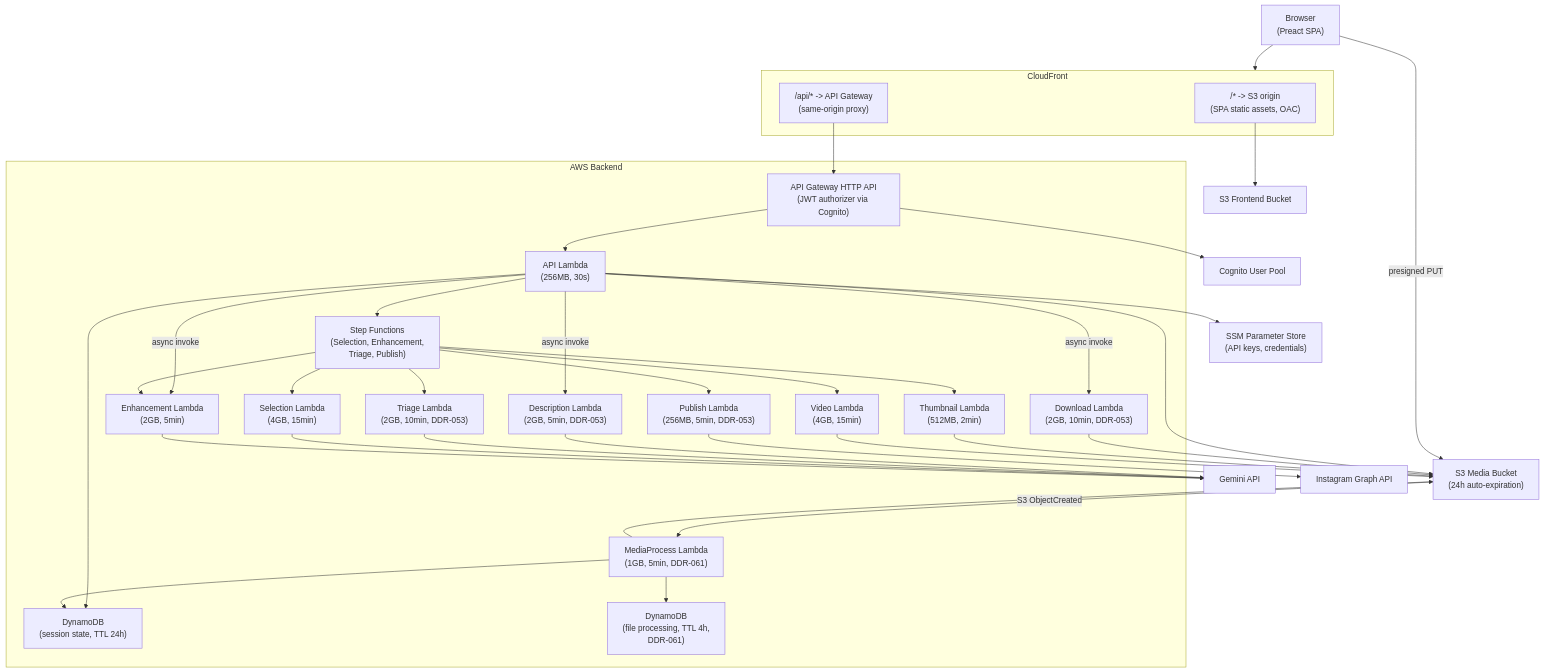
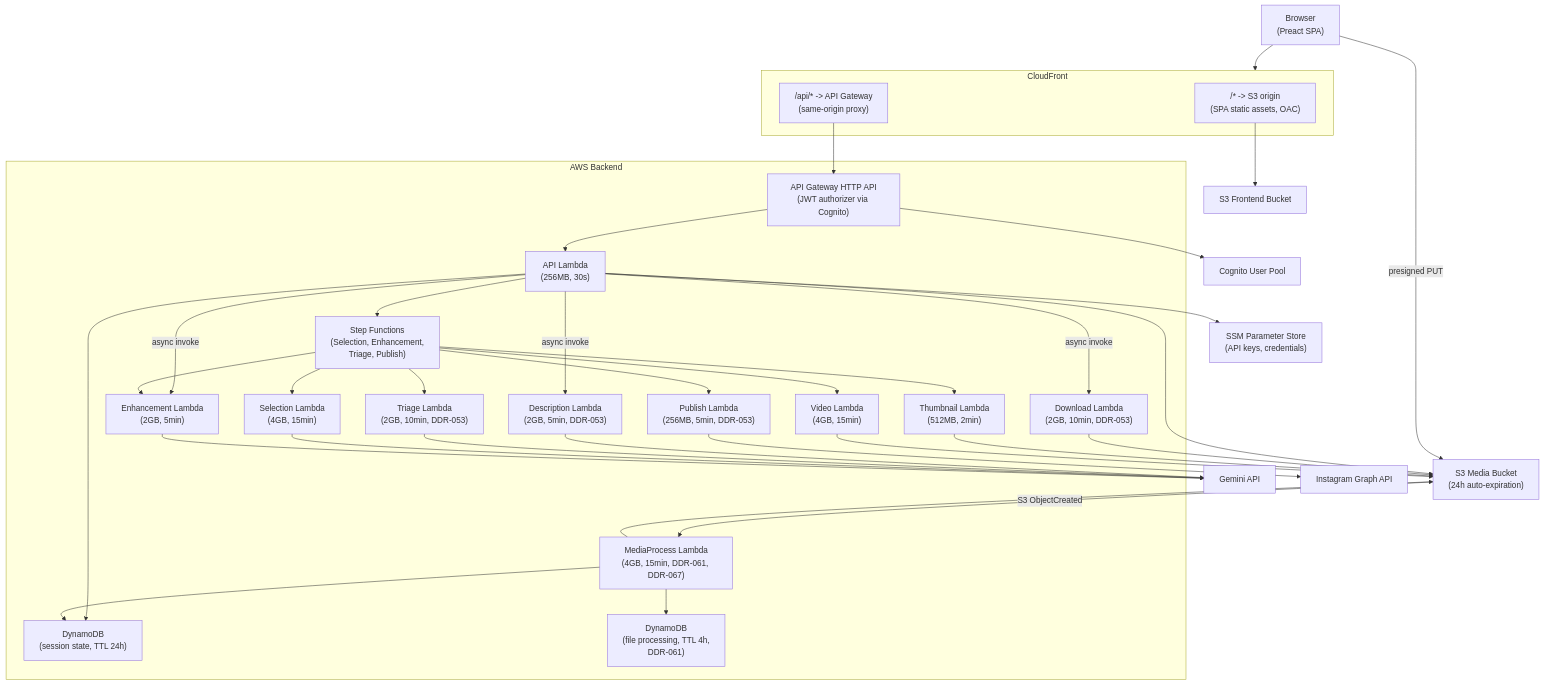
One commit to francis-pang/ai-social-media-helper changed the third of 6 diagrams in docs/architecture.md. Above: the diagram before and after it, drawn with Mermaid. The commit also changed other lines of this file and 16 other files, not shown here.

````diff
--- a/docs/architecture.md
+++ b/docs/architecture.md
@@ -109,65 +109,65 @@
 ```mermaid
 graph TD
     Browser["Browser\n(Preact SPA)"]
 
     subgraph cloudfront [CloudFront]
         DefaultBehavior["/* -> S3 origin\n(SPA static assets, OAC)"]
         APIBehavior["/api/* -> API Gateway\n(same-origin proxy)"]
     end
 
     subgraph aws [AWS Backend]
         APIGW["API Gateway HTTP API\n(JWT authorizer via Cognito)"]
         APILambda["API Lambda\n(256MB, 30s)"]
         TriageLambda["Triage Lambda\n(2GB, 10min, DDR-053)"]
         DescriptionLambda["Description Lambda\n(2GB, 5min, DDR-053)"]
         DownloadLambda["Download Lambda\n(2GB, 10min, DDR-053)"]
         PublishLambda["Publish Lambda\n(256MB, 5min, DDR-053)"]
         ThumbLambda["Thumbnail Lambda\n(512MB, 2min)"]
         SelectionLambda["Selection Lambda\n(4GB, 15min)"]
         EnhancementLambda["Enhancement Lambda\n(2GB, 5min)"]
         VideoLambda["Video Lambda\n(4GB, 15min)"]
-        MediaProcessLambda["MediaProcess Lambda\n(1GB, 5min, DDR-061)"]
+        MediaProcessLambda["MediaProcess Lambda\n(4GB, 15min, DDR-061, DDR-067)"]
         StepFn["Step Functions\n(Selection, Enhancement,\nTriage, Publish)"]
         DynamoDB["DynamoDB\n(session state, TTL 24h)"]
         FileProcessingDB["DynamoDB\n(file processing, TTL 4h,\nDDR-061)"]
     end
 
     S3Media["S3 Media Bucket\n(24h auto-expiration)"]
     S3Frontend["S3 Frontend Bucket"]
     GeminiAPI["Gemini API"]
     InstagramAPI["Instagram Graph API"]
     SSM["SSM Parameter Store\n(API keys, credentials)"]
     Cognito["Cognito User Pool"]
 
     Browser --> cloudfront
     DefaultBehavior --> S3Frontend
     APIBehavior --> APIGW
     APIGW --> Cognito
     APIGW --> APILambda
     APILambda --> StepFn
     APILambda -->|"async invoke"| DescriptionLambda
     APILambda -->|"async invoke"| DownloadLambda
     APILambda -->|"async invoke"| EnhancementLambda
     APILambda --> DynamoDB
     APILambda --> S3Media
     DescriptionLambda --> GeminiAPI
     DownloadLambda --> S3Media
     StepFn --> TriageLambda
     StepFn --> PublishLambda
     StepFn --> ThumbLambda
     StepFn --> SelectionLambda
     StepFn --> EnhancementLambda
     StepFn --> VideoLambda
     TriageLambda --> GeminiAPI
     PublishLambda --> InstagramAPI
     ThumbLambda --> S3Media
     SelectionLambda --> GeminiAPI
     EnhancementLambda --> GeminiAPI
     VideoLambda --> S3Media
     APILambda --> SSM
     Browser -->|"presigned PUT"| S3Media
     S3Media -->|"S3 ObjectCreated"| MediaProcessLambda
     MediaProcessLambda --> FileProcessingDB
     MediaProcessLambda --> DynamoDB
     MediaProcessLambda --> S3Media
 ```
````
